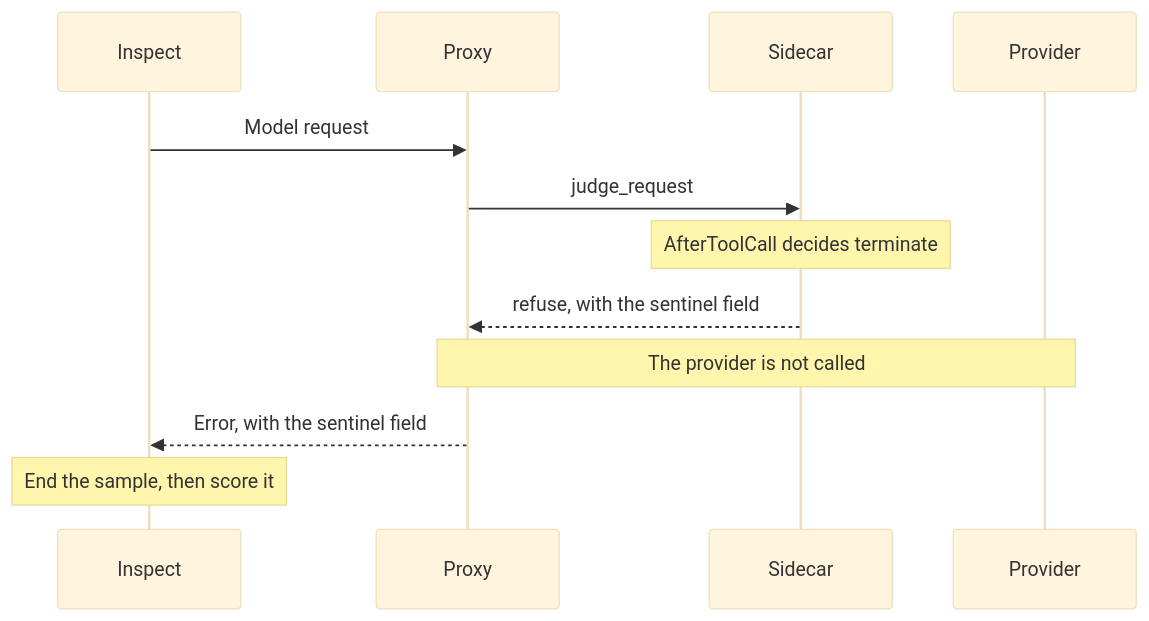
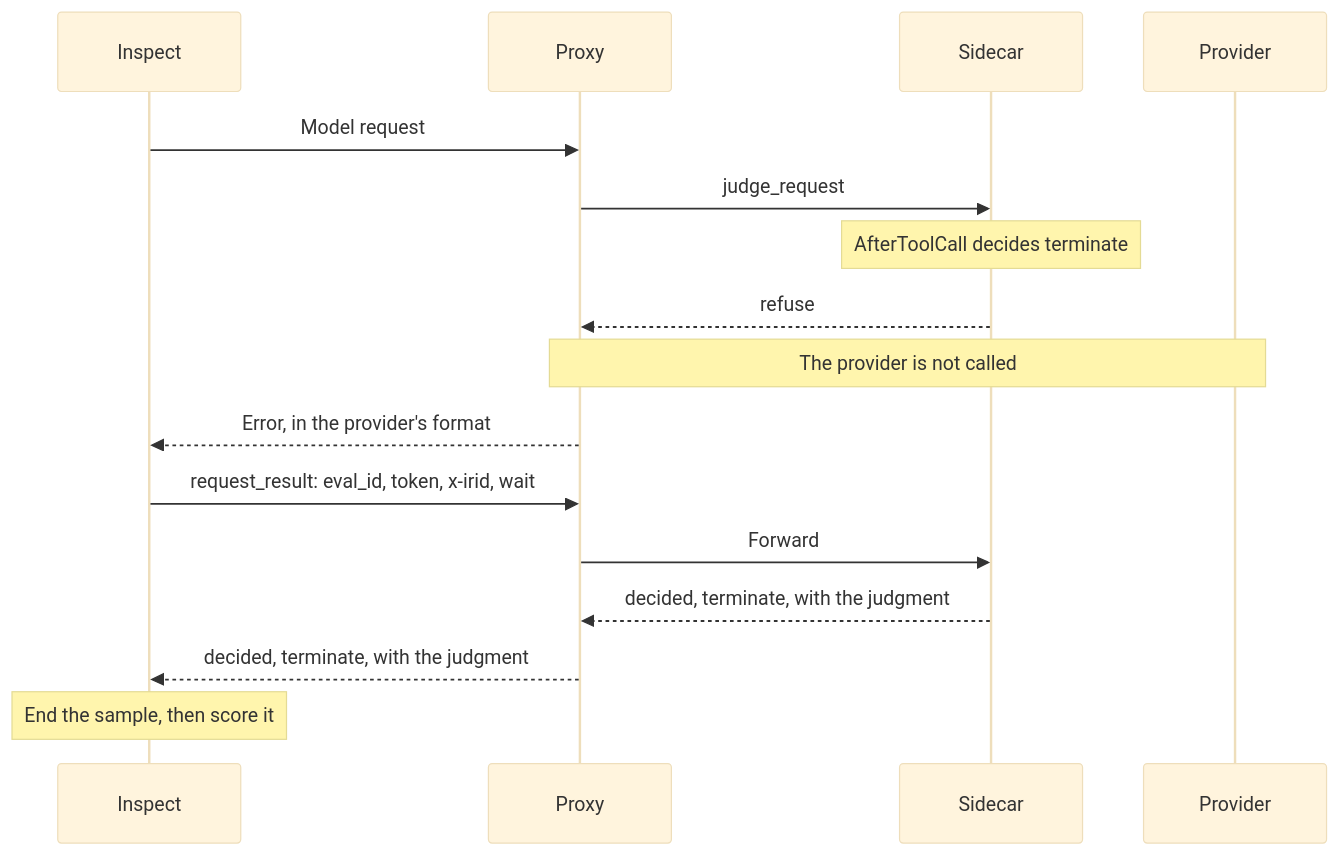
Before and after one commit to meridianlabs-ai/inspect_sentinel: the fifth of 9 diagrams in design/sidecar.md, drawn with Mermaid (base theme). The commit also changed other lines of this file and 2 other files, not shown here.

First line of the commit message:
docs(design): ask the sidecar for each judgment instead of reading a field from replies

````diff
--- a/design/sidecar.md
+++ b/design/sidecar.md
@@ -727,14 +752,18 @@
 ```mermaid
 sequenceDiagram
     participant I as Inspect
     participant P as Proxy
     participant S as Sidecar
     participant M as Provider
     I->>P: Model request
     P->>S: judge_request
     Note over S: AfterToolCall decides terminate
-    S-->>P: refuse, with the sentinel field
+    S-->>P: refuse
     Note over P,M: The provider is not called
-    P-->>I: Error, with the sentinel field
+    P-->>I: Error, in the provider's format
+    I->>P: request_result: eval_id, token, x-irid, wait
+    P->>S: Forward
+    S-->>P: decided, terminate, with the judgment
+    P-->>I: decided, terminate, with the judgment
     Note over I: End the sample, then score it
 ```
````
